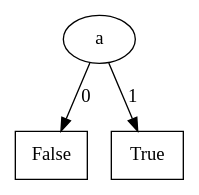
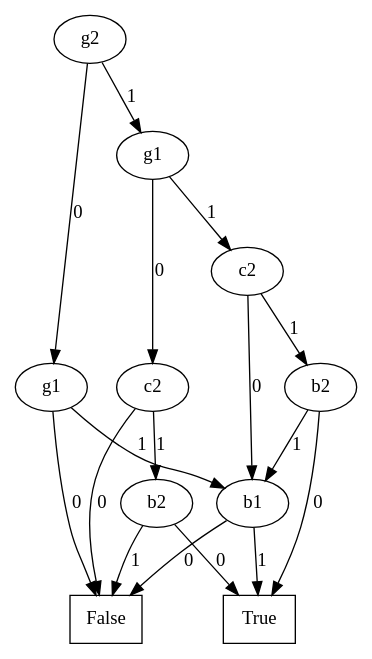
Before and after one commit to lputruele/tesis: the diagram in Mu-calculus_model_checker/f4.dot, drawn with Graphviz. The commit also changed 10 other files, not shown here.

```diff
--- a/Mu-calculus_model_checker/f4.dot
+++ b/Mu-calculus_model_checker/f4.dot
@@ -1,15 +1,65 @@
 digraph BDD {
 node[shape=oval];
-2[label="a"];
+9[label="g2"];
+3[label="g1"];
+node[shape=rectangle];
+0[label=False];
+node[shape=oval];
+
+3->0[label=0];
+2[label="b1"];
 node[shape=rectangle];
 0[label=False];
 node[shape=oval];
 
 2->0[label=0];
 node[shape=rectangle];
 1[label=True];
 node[shape=oval];
 
 2->1[label=1];
 
+3->2[label=1];
+
+9->3[label=0];
+8[label="g1"];
+5[label="c2"];
+node[shape=rectangle];
+0[label=False];
+node[shape=oval];
+
+5->0[label=0];
+4[label="b2"];
+node[shape=rectangle];
+1[label=True];
+node[shape=oval];
+
+4->1[label=0];
+node[shape=rectangle];
+0[label=False];
+node[shape=oval];
+
+4->0[label=1];
+
+5->4[label=1];
+
+8->5[label=0];
+7[label="c2"];
+
+7->2[label=0];
+6[label="b2"];
+node[shape=rectangle];
+1[label=True];
+node[shape=oval];
+
+6->1[label=0];
+
+6->2[label=1];
+
+7->6[label=1];
+
+8->7[label=1];
+
+9->8[label=1];
+
 }
```
